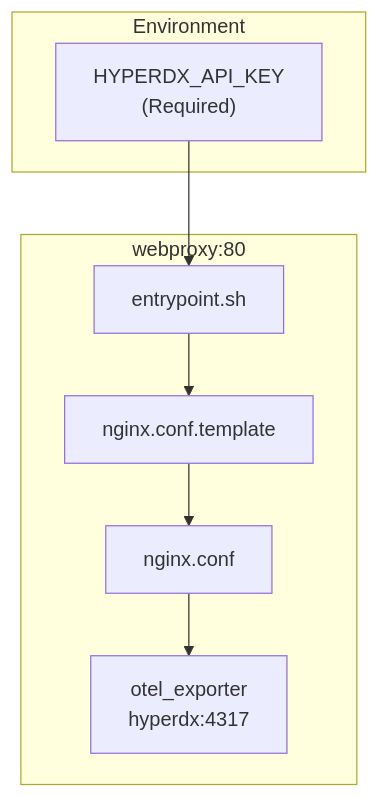
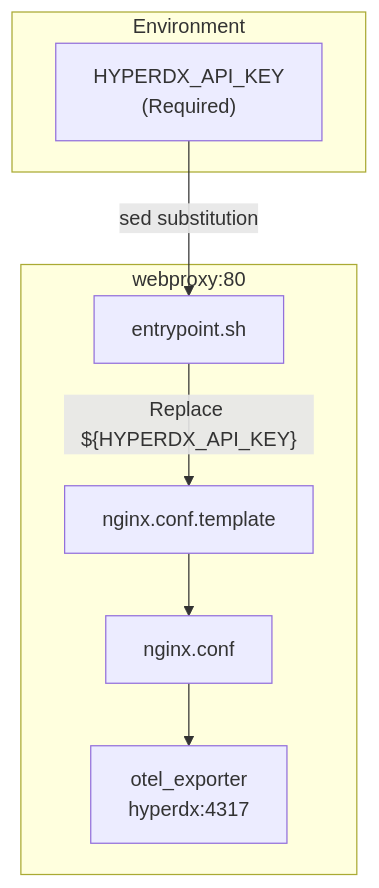
The sixth of 7 diagrams in docs/deepwiki/Environment-Variables.md (philipz/spring-modular-monolith), drawn with Mermaid before and after one commit. The commit also changed other lines of this file and 55 other files, not shown here.

````diff
--- a/docs/deepwiki/Environment-Variables.md
+++ b/docs/deepwiki/Environment-Variables.md
@@ -421,25 +421,25 @@
 ```mermaid
 flowchart TD
 
 ApiKey["HYPERDX_API_KEY<br>(Required)"]
 Entrypoint["entrypoint.sh"]
 Template["nginx.conf.template"]
 FinalConfig["nginx.conf"]
 OtelExporter["otel_exporter<br>hyperdx:4317"]
 
-ApiKey --> Entrypoint
+ApiKey -->|"sed substitution"| Entrypoint
 
 subgraph webproxy:80 ["webproxy:80"]
     Entrypoint
     Template
     FinalConfig
     OtelExporter
-    Entrypoint --> Template
+    Entrypoint -->|"Replace ${HYPERDX_API_KEY}"| Template
     Template --> FinalConfig
     FinalConfig --> OtelExporter
 end
 
 subgraph Environment ["Environment"]
     ApiKey
 end
 ```
````
